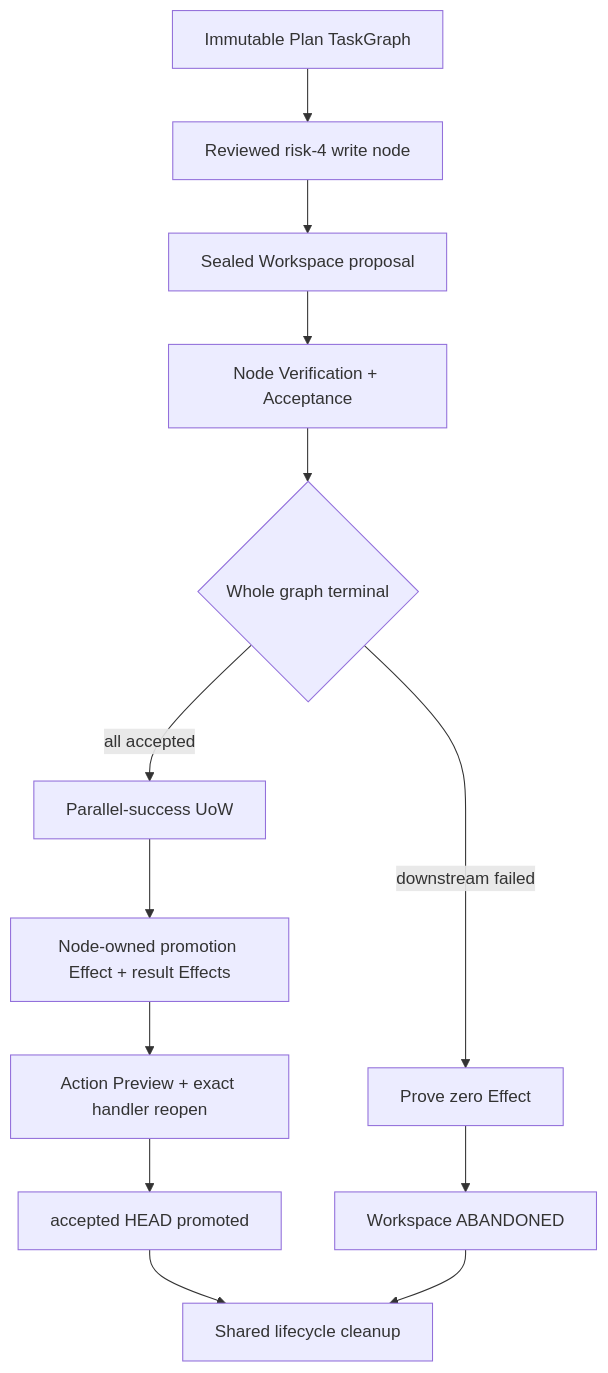
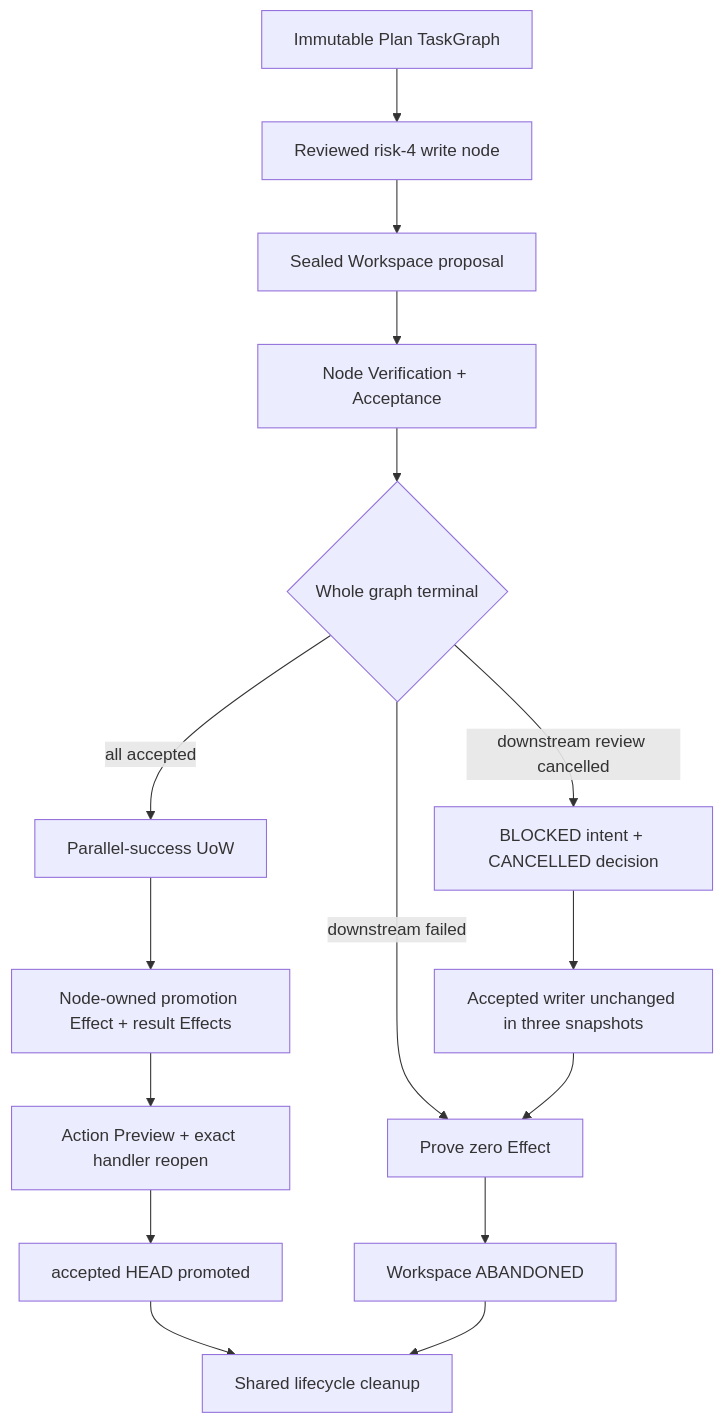
The ninth of 9 diagrams in docs/50_project/arch/SYSTEM_ARCHITECTURE.md (SakuraYoruno/Natsume_Ai), drawn with Mermaid before and after one commit. The commit also changed other lines of this file and 17 other files, not shown here.

````diff
--- a/docs/50_project/arch/SYSTEM_ARCHITECTURE.md
+++ b/docs/50_project/arch/SYSTEM_ARCHITECTURE.md
@@ -730,15 +730,18 @@
 ```mermaid
 flowchart TD
     P["Immutable Plan TaskGraph"] --> W["Reviewed risk-4 write node"]
     W --> S["Sealed Workspace proposal"]
     S --> NA["Node Verification + Acceptance"]
     NA --> G{"Whole graph terminal"}
     G -->|"all accepted"| U["Parallel-success UoW"]
     U --> E["Node-owned promotion Effect + result Effects"]
     E --> V["Action Preview + exact handler reopen"]
     V --> H["accepted HEAD promoted"]
     G -->|"downstream failed"| Z["Prove zero Effect"]
+    G -->|"downstream review cancelled"| I["BLOCKED intent + CANCELLED decision"]
+    I --> T["Accepted writer unchanged in three snapshots"]
+    T --> Z
     Z --> A["Workspace ABANDONED"]
     H --> C["Shared lifecycle cleanup"]
     A --> C
 ```
````
